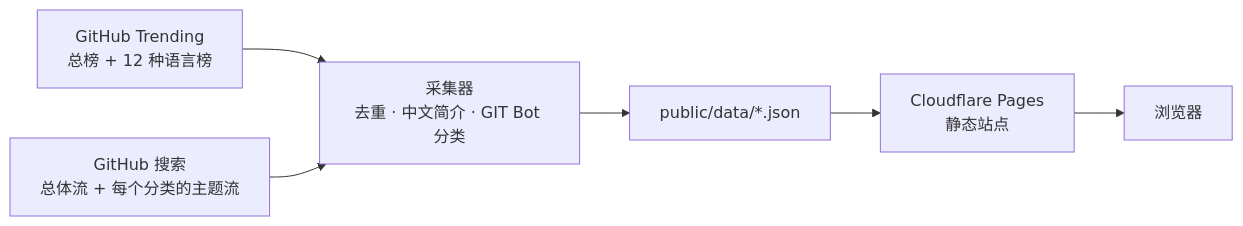
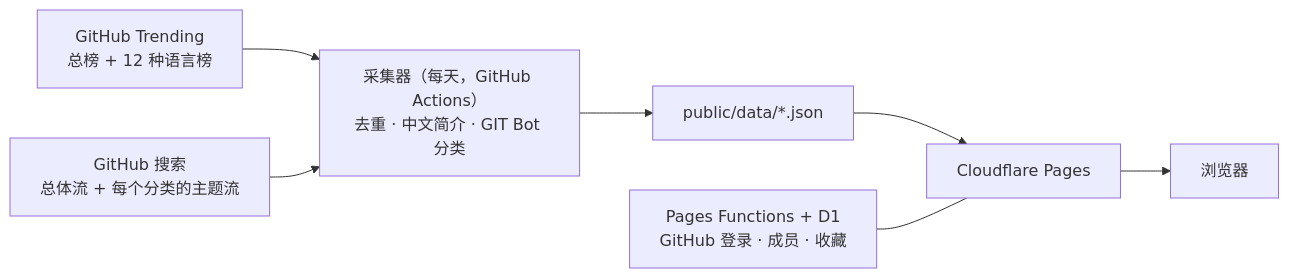
The diagram in README.md (chenran71ran-oss/github-discovery), drawn with Mermaid before and after one commit. The commit also changed other lines of this file and 13 other files, not shown here.

````diff
--- a/README.md
+++ b/README.md
@@ -64,8 +62,9 @@
 ```mermaid
 flowchart LR
   A["GitHub Trending<br/>总榜 + 12 种语言榜"] --> C
   B["GitHub 搜索<br/>总体流 + 每个分类的主题流"] --> C
-  C["采集器<br/>去重 · 中文简介 · GIT Bot 分类"] --> D["public/data/*.json"]
-  D --> E["Cloudflare Pages<br/>静态站点"]
-  E --> F["浏览器"]
+  C["采集器（每天，GitHub Actions）<br/>去重 · 中文简介 · GIT Bot 分类"] --> D["public/data/*.json"]
+  D --> E["Cloudflare Pages"]
+  F["Pages Functions + D1<br/>GitHub 登录 · 成员 · 收藏"] --- E
+  E --> G["浏览器"]
 ```
````
